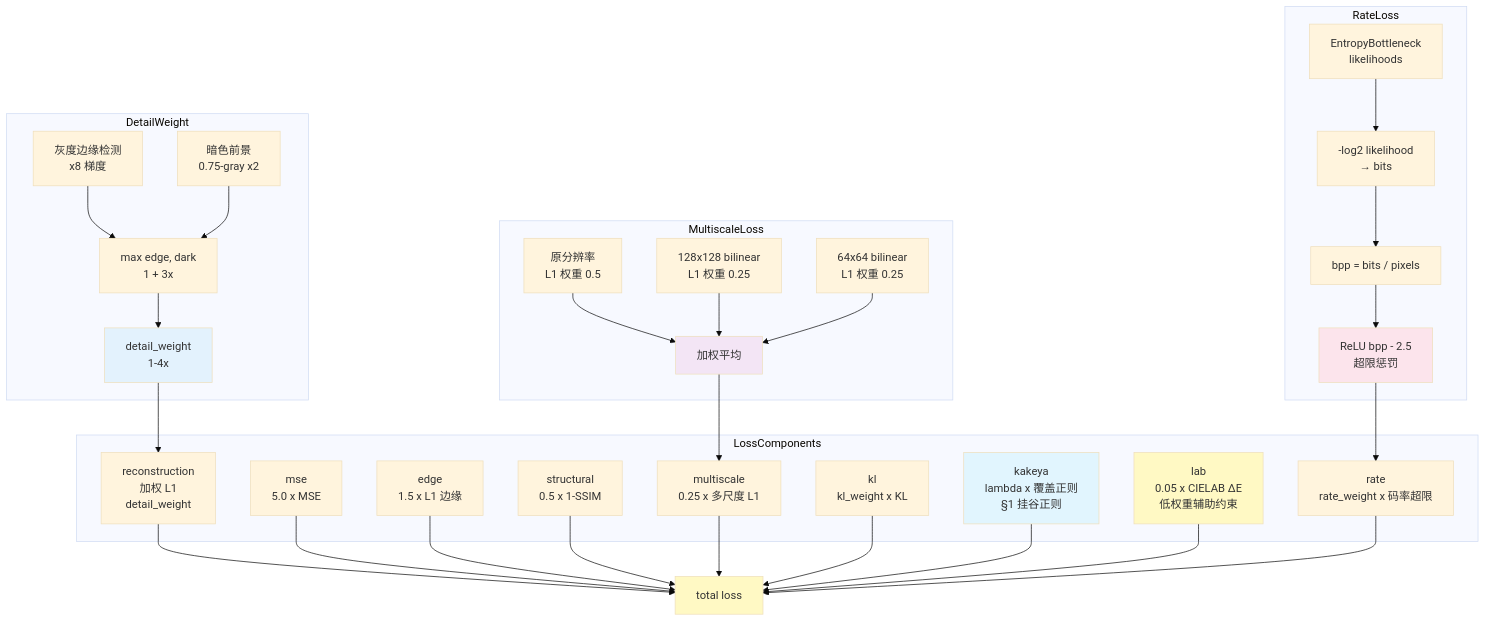
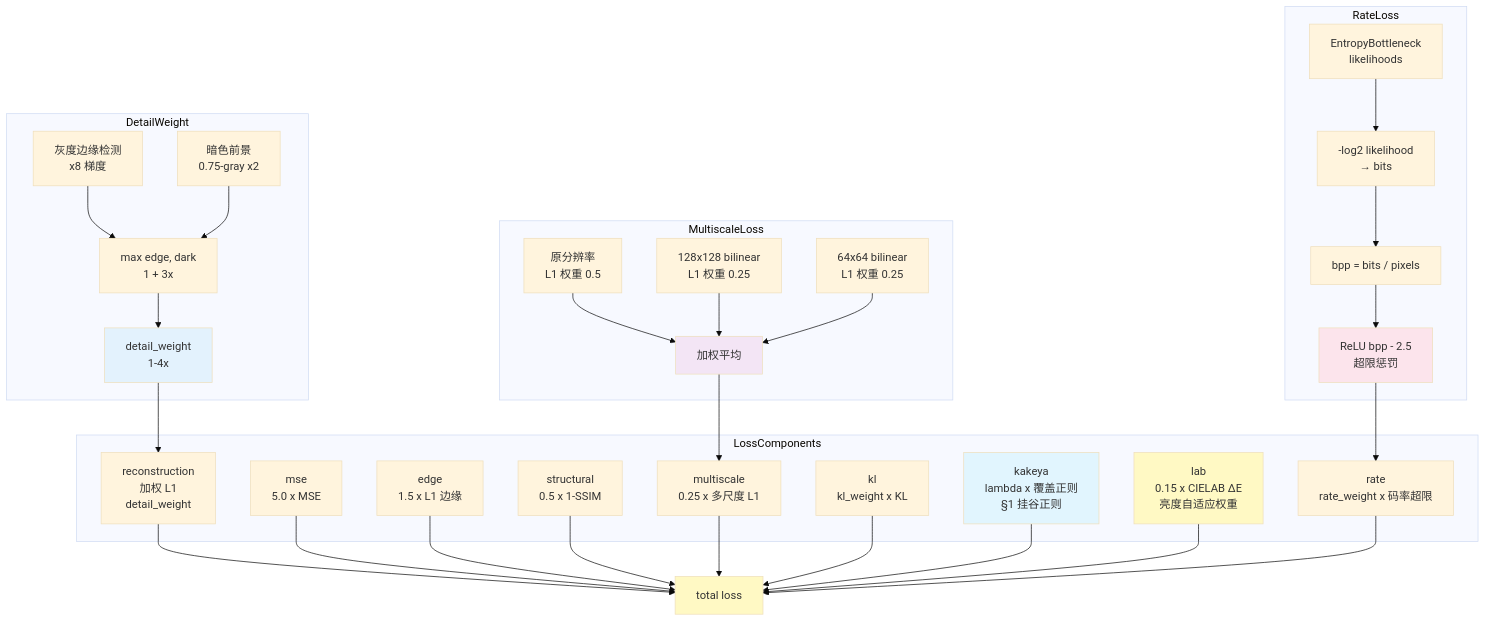
Before and after one commit to novvoo/kakeya-vae: the ninth of 22 diagrams in docs/architecture.md, drawn with Mermaid (base theme). The commit also changed other lines of this file and 1 other file, not shown here.

Commit message:
tune: LAB损失权重从0.05提高到0.15

````diff
--- a/docs/architecture.md
+++ b/docs/architecture.md
@@ -397,62 +397,62 @@
 ```mermaid
 graph TD
     subgraph LossComponents
         L1[reconstruction<br/>加权 L1<br/>detail_weight]
         L2[mse<br/>5.0 x MSE]
         L3[edge<br/>1.5 x L1 边缘]
         L4[structural<br/>0.5 x 1-SSIM]
         L5[multiscale<br/>0.25 x 多尺度 L1]
         L6[kl<br/>kl_weight x KL]
         L7[kakeya<br/>lambda x 覆盖正则<br/>§1 挂谷正则]
-        L8[lab<br/>0.05 x CIELAB ΔE<br/>低权重辅助约束]
+        L8[lab<br/>0.15 x CIELAB ΔE<br/>亮度自适应权重]
         L9[rate<br/>rate_weight x 码率超限]
     end
 
     L1 --> TOTAL[total loss]
     L2 --> TOTAL
     L3 --> TOTAL
     L4 --> TOTAL
     L5 --> TOTAL
     L6 --> TOTAL
     L7 --> TOTAL
     L8 --> TOTAL
     L9 --> TOTAL
 
     subgraph DetailWeight
         DW1[灰度边缘检测<br/>x8 梯度]
         DW2[暗色前景<br/>0.75-gray x2]
         DW3[max edge, dark<br/>1 + 3x]
         DW1 --> DW3
         DW2 --> DW3
         DW3 --> DW[detail_weight<br/>1-4x]
         DW --> L1
     end
 
     subgraph MultiscaleLoss
         MS0[原分辨率<br/>L1 权重 0.5]
         MS1[128x128 bilinear<br/>L1 权重 0.25]
         MS2[64x64 bilinear<br/>L1 权重 0.25]
         MS0 --> MS_AVG[加权平均]
         MS1 --> MS_AVG
         MS2 --> MS_AVG
         MS_AVG --> L5
     end
 
     subgraph RateLoss
         RL1[EntropyBottleneck<br/>likelihoods]
         RL2[-log2 likelihood<br/>→ bits]
         RL3[bpp = bits / pixels]
         RL4[ReLU bpp - 2.5<br/>超限惩罚]
         RL1 --> RL2
         RL2 --> RL3
         RL3 --> RL4
         RL4 --> L9
     end
 
     style TOTAL fill:#fff9c4
     style DW fill:#e3f2fd
     style MS_AVG fill:#f3e5f5
     style RL4 fill:#fce4ec
     style L7 fill:#e1f5fe
     style L8 fill:#fff9c4
 ```
````
